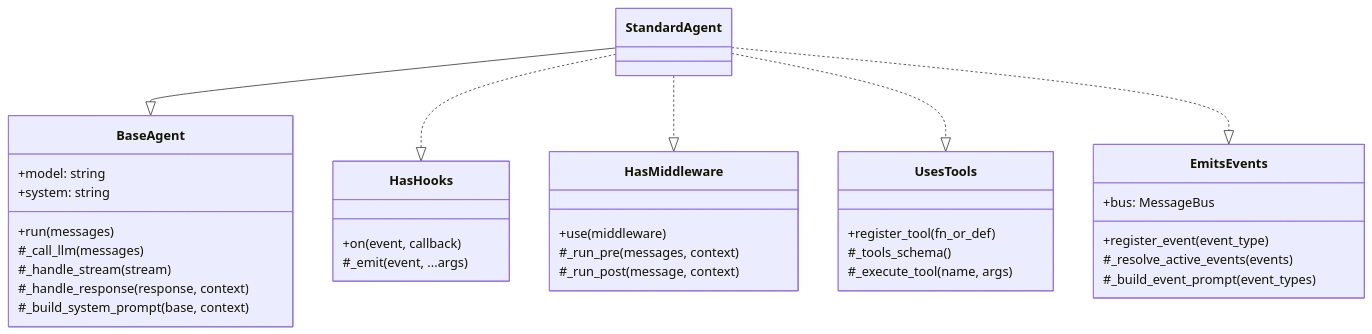
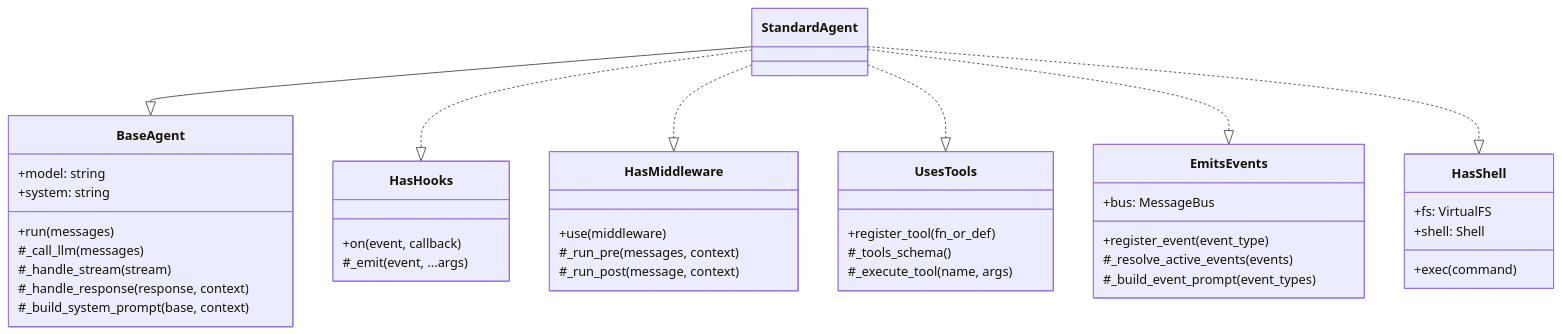
The first of 4 diagrams in docs/architecture.md (looksystems/playground-harness), drawn with Mermaid before and after one commit. The commit also changed other lines of this file and 12 other files, not shown here.

First line of the commit message:
docs: add virtual shell design, ADRs, conversation history, and guide updates

````diff
--- a/docs/architecture.md
+++ b/docs/architecture.md
@@ -13,38 +13,44 @@
 ```mermaid
 classDiagram
     class BaseAgent {
         +model: string
         +system: string
         +run(messages)
         #_call_llm(messages)
         #_handle_stream(stream)
         #_handle_response(response, context)
         #_build_system_prompt(base, context)
     }
     class HasHooks {
         +on(event, callback)
         #_emit(event, ...args)
     }
     class HasMiddleware {
         +use(middleware)
         #_run_pre(messages, context)
         #_run_post(message, context)
     }
     class UsesTools {
         +register_tool(fn_or_def)
         #_tools_schema()
         #_execute_tool(name, args)
     }
     class EmitsEvents {
         +register_event(event_type)
         +bus: MessageBus
         #_resolve_active_events(events)
         #_build_event_prompt(event_types)
     }
+    class HasShell {
+        +fs: VirtualFS
+        +shell: Shell
+        +exec(command)
+    }
     class StandardAgent
     StandardAgent --|> BaseAgent
     StandardAgent ..|> HasHooks
     StandardAgent ..|> HasMiddleware
     StandardAgent ..|> UsesTools
     StandardAgent ..|> EmitsEvents
+    StandardAgent ..|> HasShell
 ```
````
